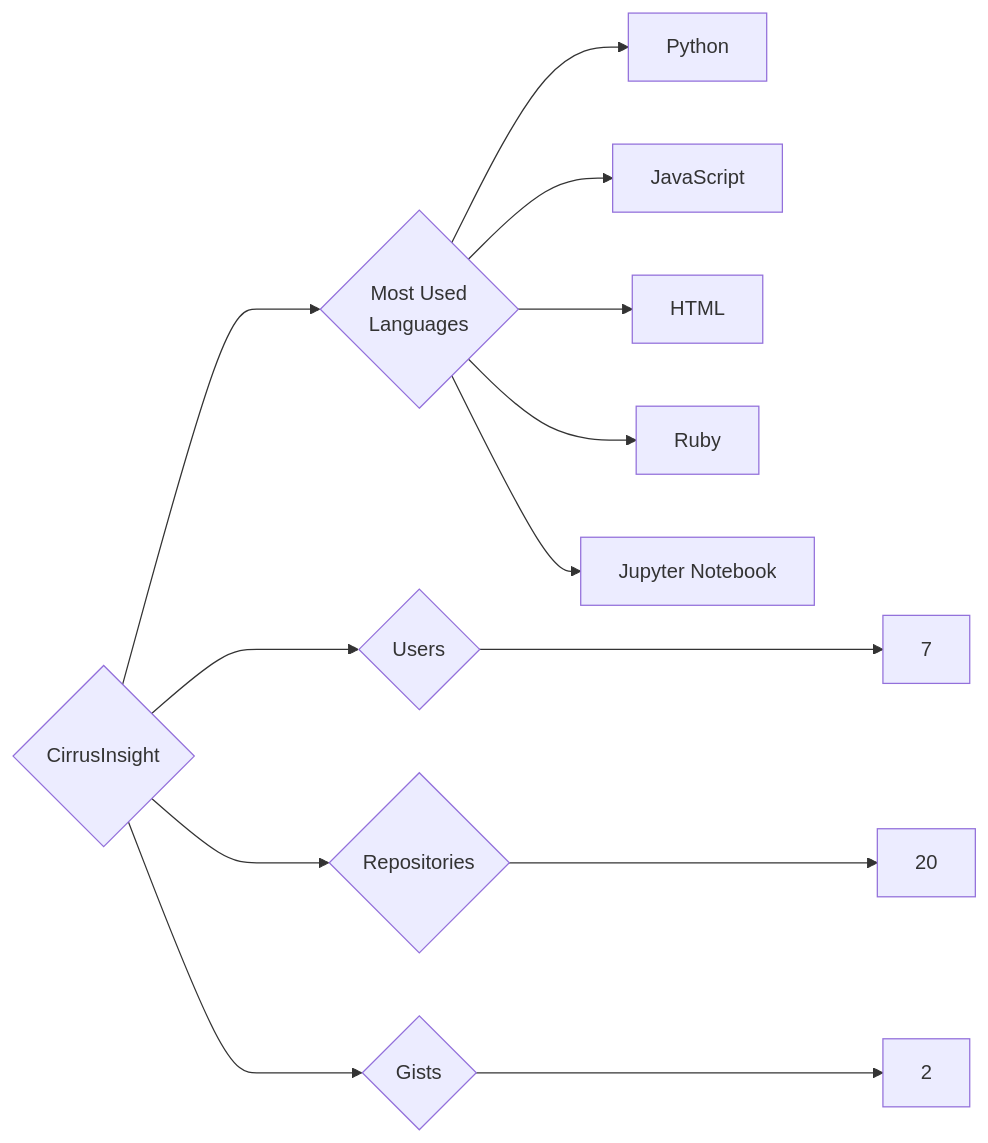
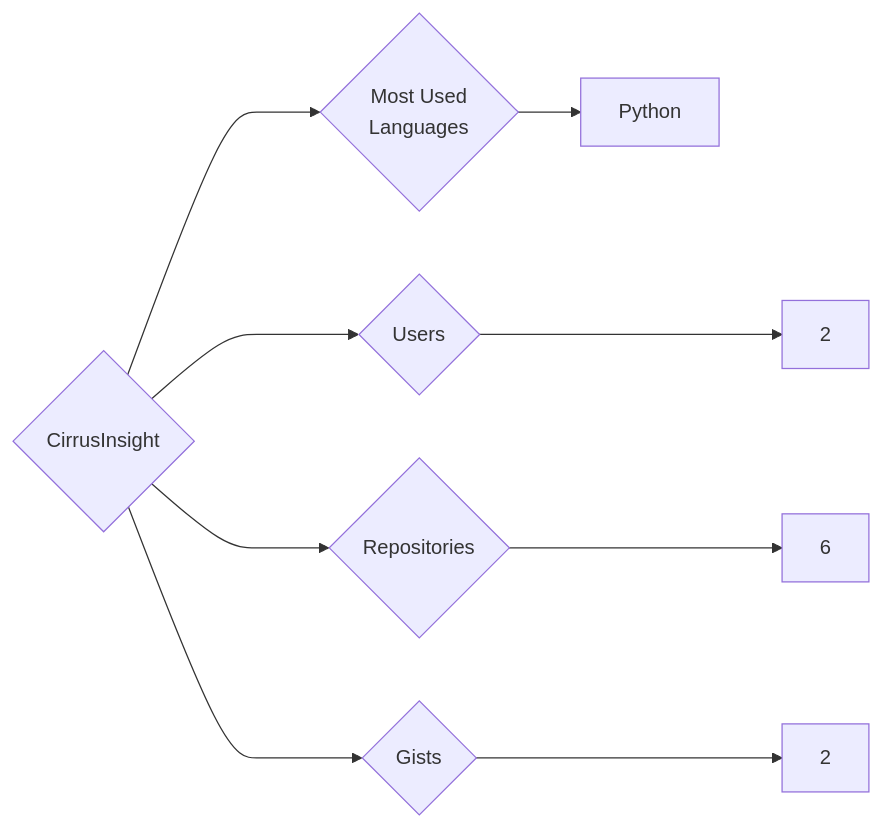
One commit to trickest/insiders changed the diagram in targets/CirrusInsight/README.md. Above: the diagram before and after it, drawn with Mermaid. The commit also changed 1084 other files, not shown here.

````diff
--- a/targets/CirrusInsight/README.md
+++ b/targets/CirrusInsight/README.md
@@ -3,13 +3,9 @@
 ```mermaid
 graph LR
 COMPANY_NAME{CirrusInsight}
-COMPANY_NAME ---> U{Users} ---> UN[7]
-COMPANY_NAME ---> R{Repositories} ---> RN[20]
+COMPANY_NAME ---> U{Users} ---> UN[2]
+COMPANY_NAME ---> R{Repositories} ---> RN[6]
 COMPANY_NAME ---> G{Gists} ---> GN[2]
 COMPANY_NAME ---> ML{Most Used<br>Languages}
 ML --> Python[Python]
-ML --> JavaScript[JavaScript]
-ML --> HTML[HTML]
-ML --> Ruby[Ruby]
-ML --> Jupyter_Notebook[Jupyter Notebook]
 ```
````
